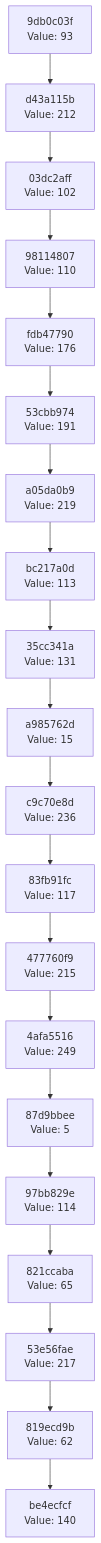
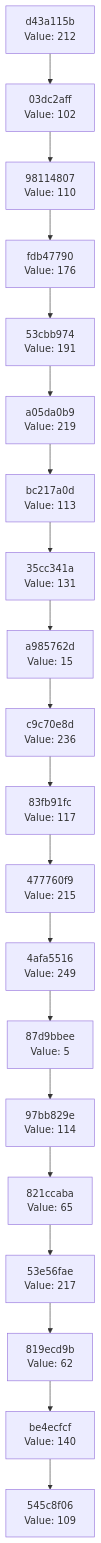
Before and after one commit to Abhisheksinha1506/hash-chain-evolver: the diagram in docs/CHAIN_VISUALIZATION.md, drawn with Mermaid. The commit also changed 2 other files, not shown here.

Commit message:
Evolution step: hash 0x6D → action executed

````diff
--- a/docs/CHAIN_VISUALIZATION.md
+++ b/docs/CHAIN_VISUALIZATION.md
@@ -3,42 +3,42 @@
 ```mermaid
 graph TD
-    C0["be4ecfcf<br/>Value: 140"]
-    C1["819ecd9b<br/>Value: 62"]
+    C0["545c8f06<br/>Value: 109"]
+    C1["be4ecfcf<br/>Value: 140"]
     C1 --> C0
-    C2["53e56fae<br/>Value: 217"]
+    C2["819ecd9b<br/>Value: 62"]
     C2 --> C1
-    C3["821ccaba<br/>Value: 65"]
+    C3["53e56fae<br/>Value: 217"]
     C3 --> C2
-    C4["97bb829e<br/>Value: 114"]
+    C4["821ccaba<br/>Value: 65"]
     C4 --> C3
-    C5["87d9bbee<br/>Value: 5"]
+    C5["97bb829e<br/>Value: 114"]
     C5 --> C4
-    C6["4afa5516<br/>Value: 249"]
+    C6["87d9bbee<br/>Value: 5"]
     C6 --> C5
-    C7["477760f9<br/>Value: 215"]
+    C7["4afa5516<br/>Value: 249"]
     C7 --> C6
-    C8["83fb91fc<br/>Value: 117"]
+    C8["477760f9<br/>Value: 215"]
     C8 --> C7
-    C9["c9c70e8d<br/>Value: 236"]
+    C9["83fb91fc<br/>Value: 117"]
     C9 --> C8
-    C10["a985762d<br/>Value: 15"]
+    C10["c9c70e8d<br/>Value: 236"]
     C10 --> C9
-    C11["35cc341a<br/>Value: 131"]
+    C11["a985762d<br/>Value: 15"]
     C11 --> C10
-    C12["bc217a0d<br/>Value: 113"]
+    C12["35cc341a<br/>Value: 131"]
     C12 --> C11
-    C13["a05da0b9<br/>Value: 219"]
+    C13["bc217a0d<br/>Value: 113"]
     C13 --> C12
-    C14["53cbb974<br/>Value: 191"]
+    C14["a05da0b9<br/>Value: 219"]
     C14 --> C13
-    C15["fdb47790<br/>Value: 176"]
+    C15["53cbb974<br/>Value: 191"]
     C15 --> C14
-    C16["98114807<br/>Value: 110"]
+    C16["fdb47790<br/>Value: 176"]
     C16 --> C15
-    C17["03dc2aff<br/>Value: 102"]
+    C17["98114807<br/>Value: 110"]
     C17 --> C16
-    C18["d43a115b<br/>Value: 212"]
+    C18["03dc2aff<br/>Value: 102"]
     C18 --> C17
-    C19["9db0c03f<br/>Value: 93"]
+    C19["d43a115b<br/>Value: 212"]
     C19 --> C18
 ```
````
